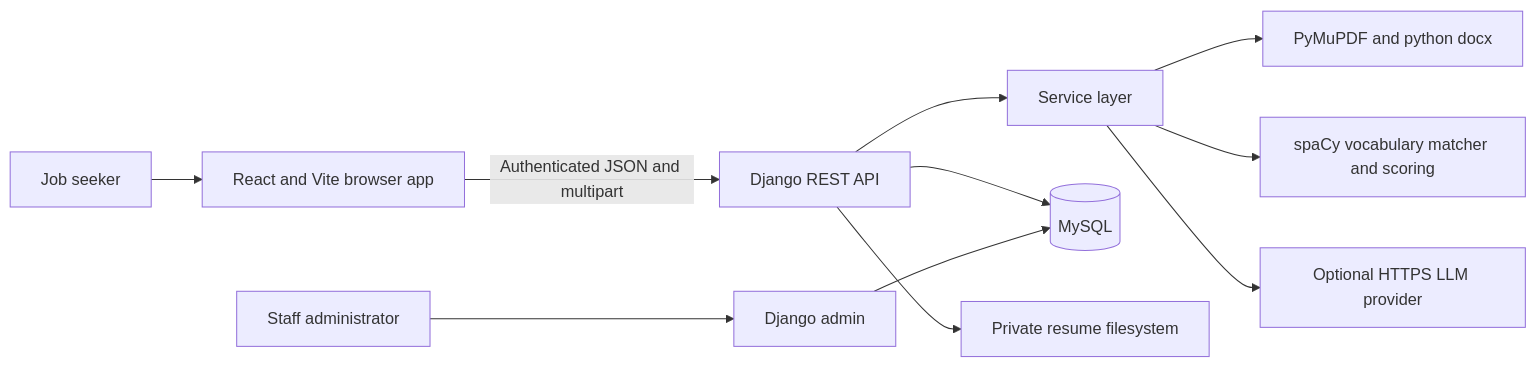
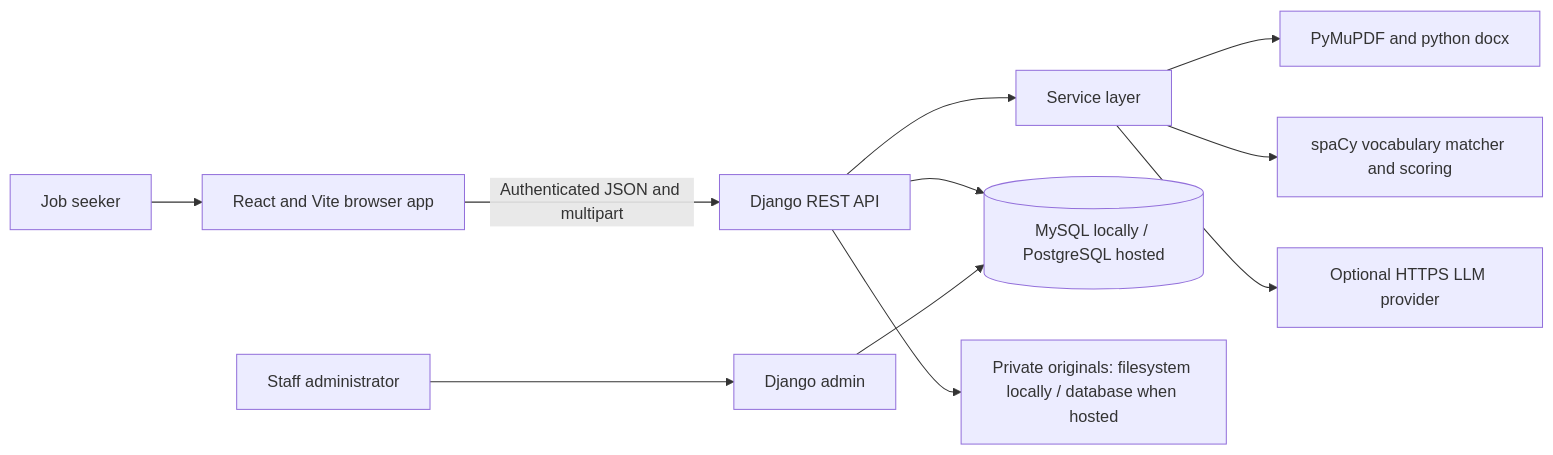
The first of 4 diagrams in docs/ARCHITECTURE.md (rushabhcodes/CareerLens), drawn with Mermaid before and after one commit. The commit also changed other lines of this file and 34 other files, not shown here.

````diff
--- a/docs/ARCHITECTURE.md
+++ b/docs/ARCHITECTURE.md
@@ -20,13 +20,13 @@
 ```mermaid
 flowchart LR
   U[Job seeker] --> R[React and Vite browser app]
   R -->|Authenticated JSON and multipart| A[Django REST API]
   A --> S[Service layer]
   S --> P[PyMuPDF and python docx]
   S --> N[spaCy vocabulary matcher and scoring]
   S --> L[Optional HTTPS LLM provider]
-  A --> D[(MySQL)]
-  A --> F[Private resume filesystem]
+  A --> D[(MySQL locally / PostgreSQL hosted)]
+  A --> F[Private originals: filesystem locally / database when hosted]
   Admin[Staff administrator] --> DA[Django admin]
   DA --> D
 ```
````
